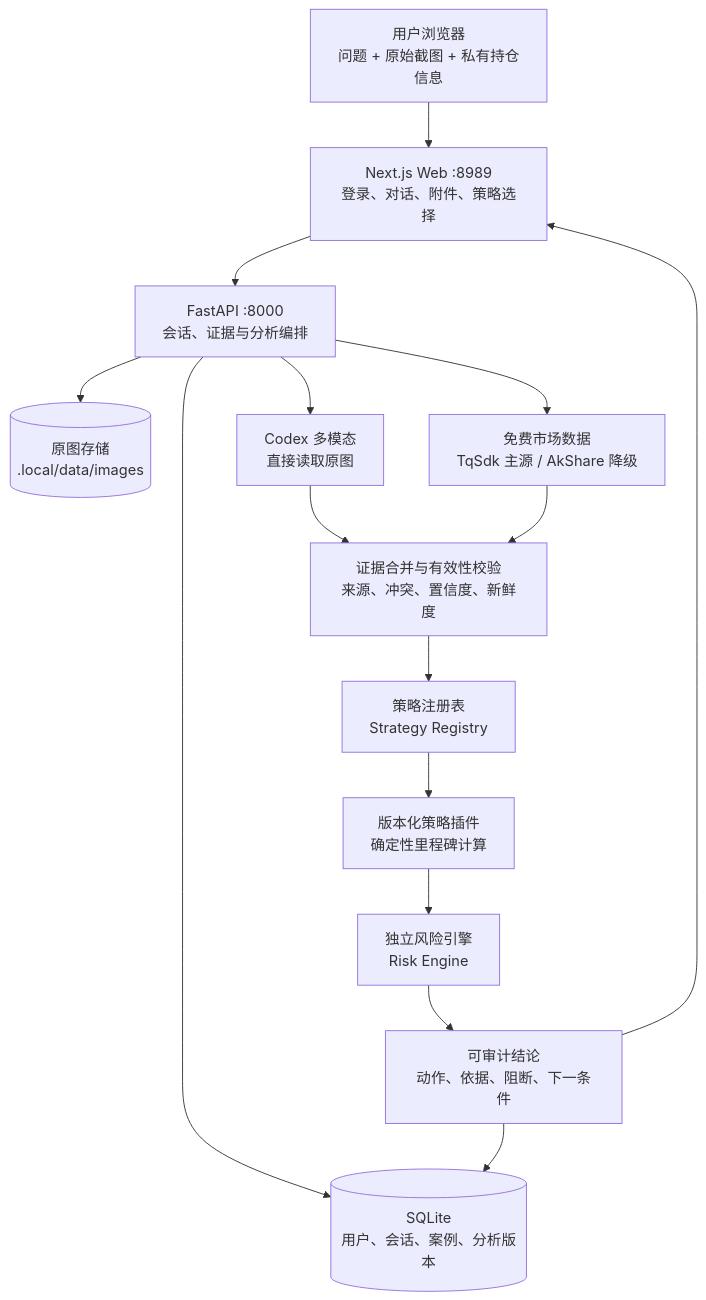
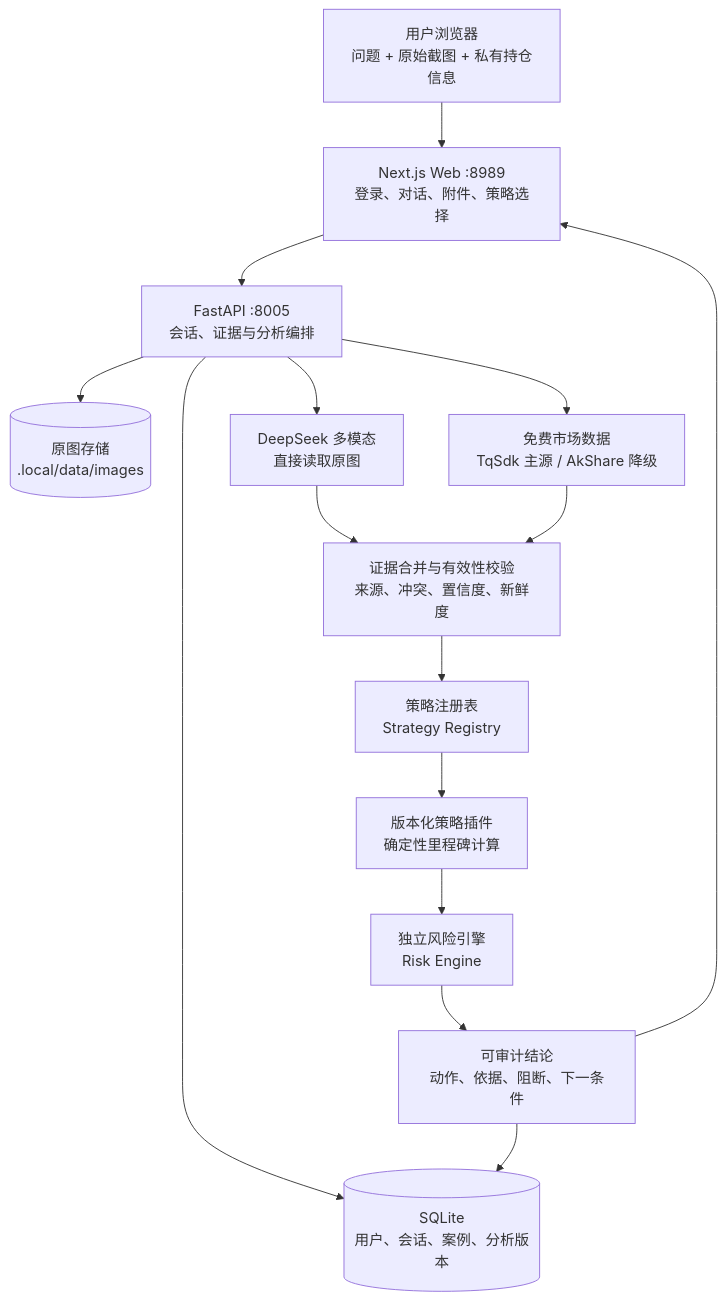
One commit to IFOSR/panshi-trading-ai changed the diagram in README.md. Above: the diagram before and after it, drawn with Mermaid. The commit also changed other lines of this file and 10 other files, not shown here.

````diff
--- a/README.md
+++ b/README.md
@@ -61,31 +61,31 @@
 ```mermaid
 flowchart TD
     U[用户浏览器<br/>问题 + 原始截图 + 私有持仓信息]
     W[Next.js Web :8989<br/>登录、对话、附件、策略选择]
-    A[FastAPI :8000<br/>会话、证据与分析编排]
+    A[FastAPI :8005<br/>会话、证据与分析编排]
 
     DB[(SQLite<br/>用户、会话、案例、分析版本)]
     IMG[(原图存储<br/>.local/data/images)]
-    V[Codex 多模态<br/>直接读取原图]
+    V[DeepSeek 多模态<br/>直接读取原图]
     M[免费市场数据<br/>TqSdk 主源 / AkShare 降级]
     E[证据合并与有效性校验<br/>来源、冲突、置信度、新鲜度]
     R[策略注册表<br/>Strategy Registry]
     S[版本化策略插件<br/>确定性里程碑计算]
     K[独立风险引擎<br/>Risk Engine]
     O[可审计结论<br/>动作、依据、阻断、下一条件]
 
     U --> W
     W --> A
     A --> DB
     A --> IMG
     A --> V
     A --> M
     V --> E
     M --> E
     E --> R
     R --> S
     S --> K
     K --> O
     O --> DB
     O --> W
 ```
````
